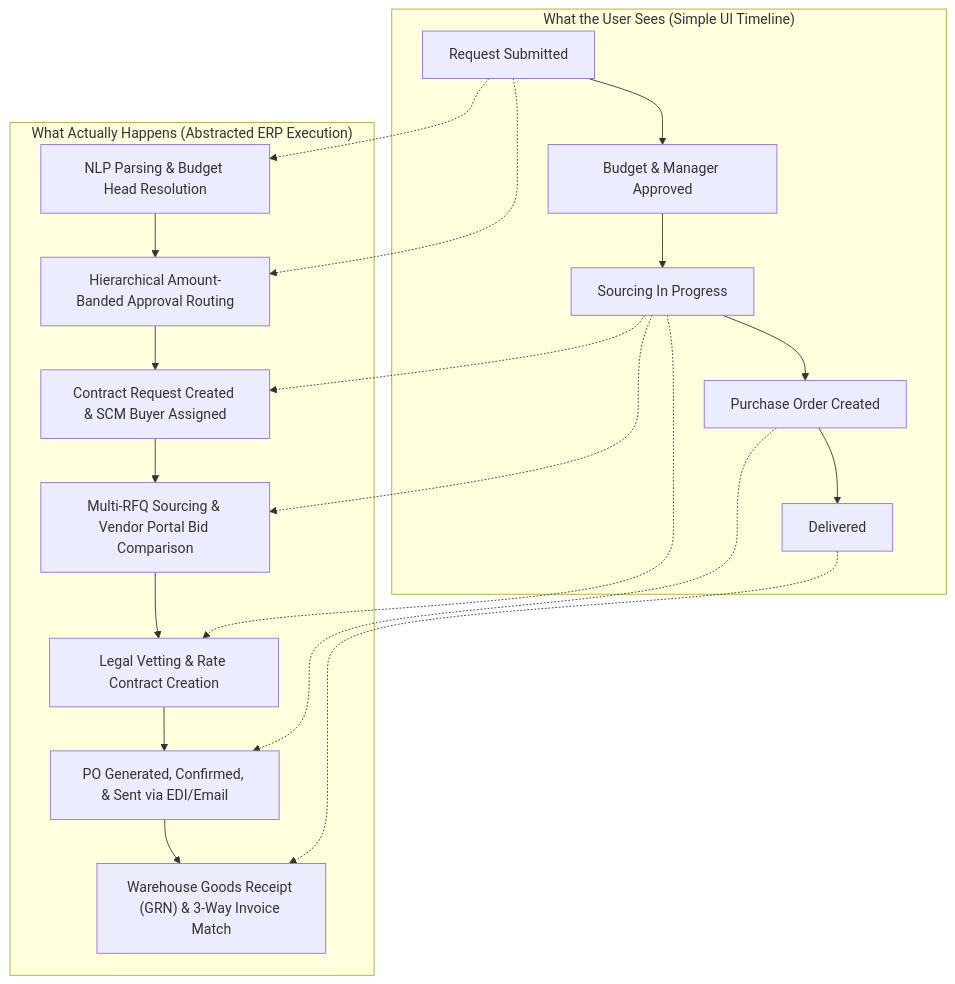
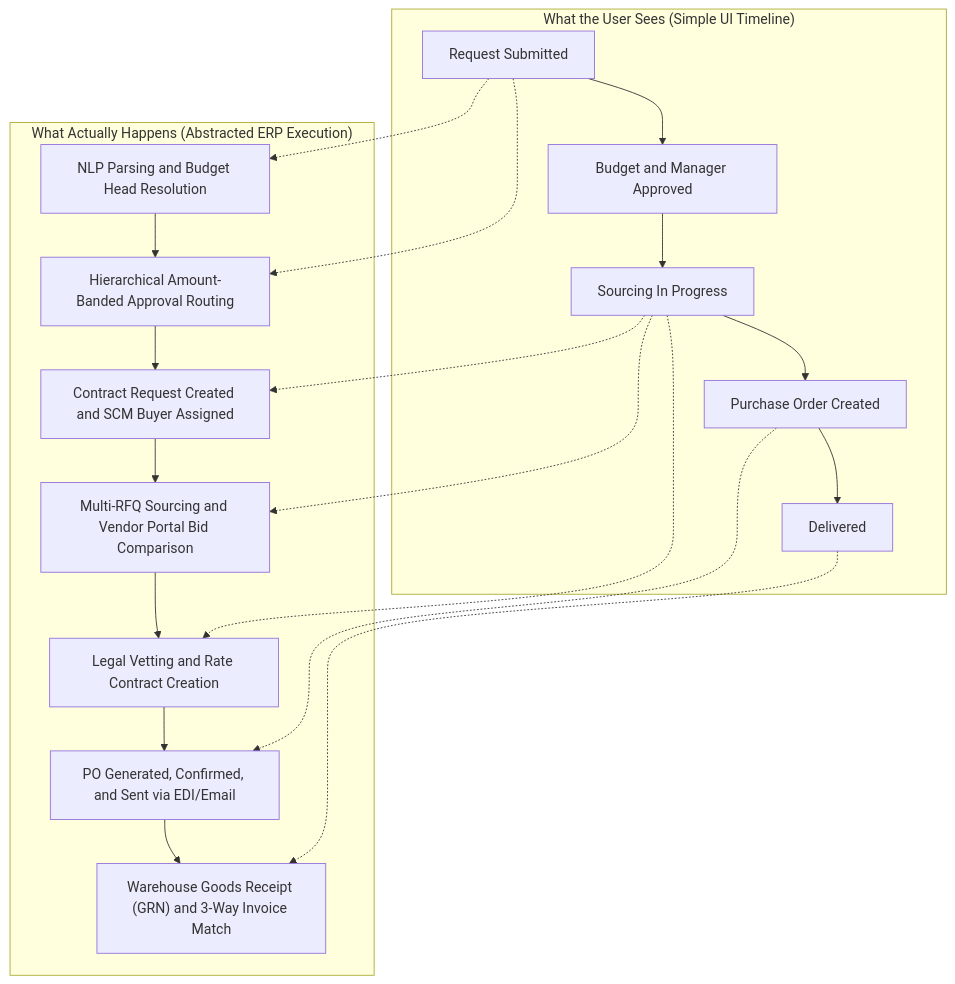
Before and after one commit to Anjitha-IdeenTech/Spendwise_prod: the fifth of 5 diagrams in smart_spend_proposal/smartspend_workflow_guide.md, drawn with Mermaid. The commit also changed other lines of this file and 1 other file, not shown here.

Commit message:
fix: replace all remaining & with and in Mermaid diagrams to prevent parser failures

````diff
--- a/smart_spend_proposal/smartspend_workflow_guide.md
+++ b/smart_spend_proposal/smartspend_workflow_guide.md
@@ -160,26 +160,26 @@
 ```mermaid
 flowchart TD
     subgraph PortalView["What the User Sees (Simple UI Timeline)"]
-        U1[Request Submitted] --> U2["Budget & Manager Approved"]
+        U1[Request Submitted] --> U2["Budget and Manager Approved"]
         U2 --> U3[Sourcing In Progress]
         U3 --> U4[Purchase Order Created]
         U4 --> U5[Delivered]
     end
 
     subgraph BackendView["What Actually Happens (Abstracted ERP Execution)"]
-        B1["NLP Parsing & Budget Head Resolution"] --> B2[Hierarchical Amount-Banded Approval Routing]
-        B2 --> B3["Contract Request Created & SCM Buyer Assigned"]
-        B3 --> B4["Multi-RFQ Sourcing & Vendor Portal Bid Comparison"]
-        B4 --> B5["Legal Vetting & Rate Contract Creation"]
-        B5 --> B6["PO Generated, Confirmed, & Sent via EDI/Email"]
-        B6 --> B7["Warehouse Goods Receipt (GRN) & 3-Way Invoice Match"]
+        B1["NLP Parsing and Budget Head Resolution"] --> B2[Hierarchical Amount-Banded Approval Routing]
+        B2 --> B3["Contract Request Created and SCM Buyer Assigned"]
+        B3 --> B4["Multi-RFQ Sourcing and Vendor Portal Bid Comparison"]
+        B4 --> B5["Legal Vetting and Rate Contract Creation"]
+        B5 --> B6["PO Generated, Confirmed, and Sent via EDI/Email"]
+        B6 --> B7["Warehouse Goods Receipt (GRN) and 3-Way Invoice Match"]
     end
 
     U1 -.-> B1
     U1 -.-> B2
     U3 -.-> B3
     U3 -.-> B4
     U3 -.-> B5
     U4 -.-> B6
     U5 -.-> B7
 ```
````
